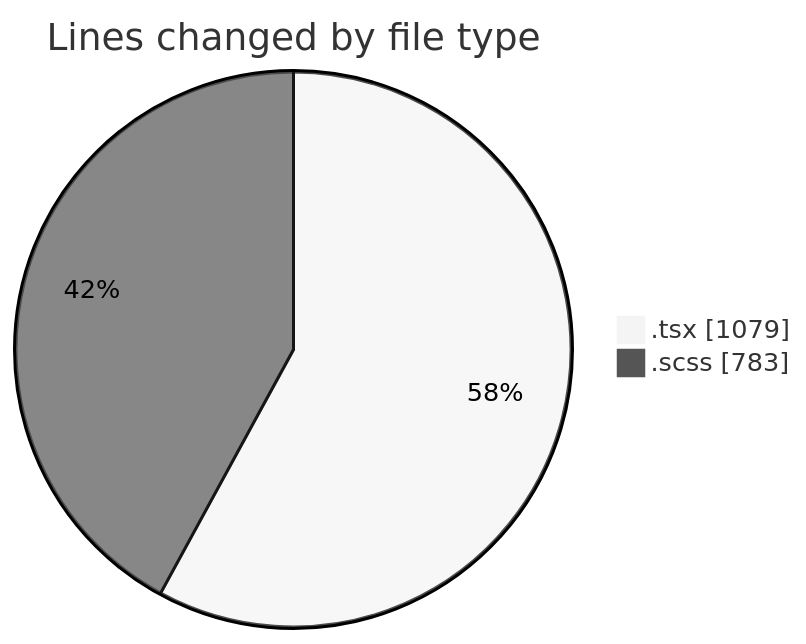
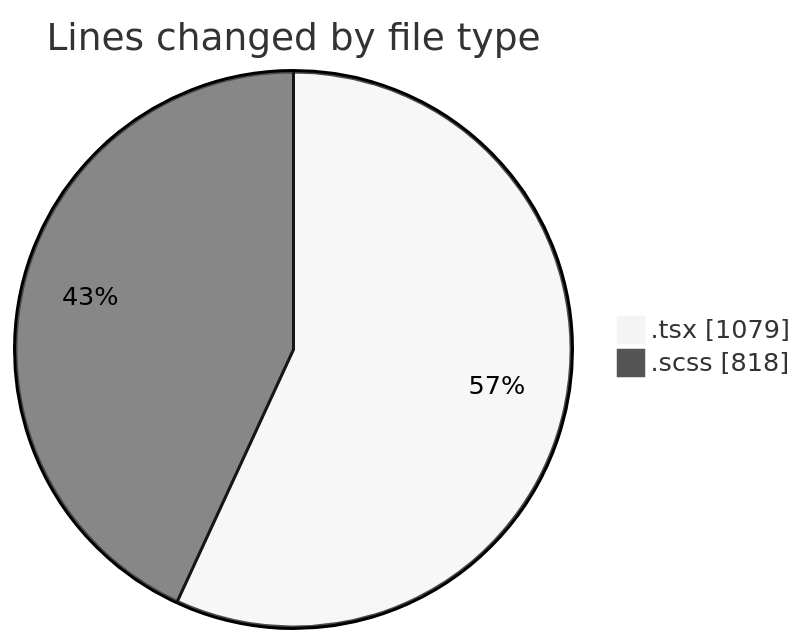
The first of 2 diagrams in 2025-10-06/cda/README.md (momahboobian/code-tracking), drawn with Mermaid (neutral theme) before and after one commit. The commit also changed other lines of this file and 1 other file, not shown here.

````diff
--- a/2025-10-06/cda/README.md
+++ b/2025-10-06/cda/README.md
@@ -24,6 +24,6 @@
 ```mermaid
 pie showData
 title Lines changed by file type
 ".tsx" : 1079
-".scss" : 783
+".scss" : 818
 ```
````
